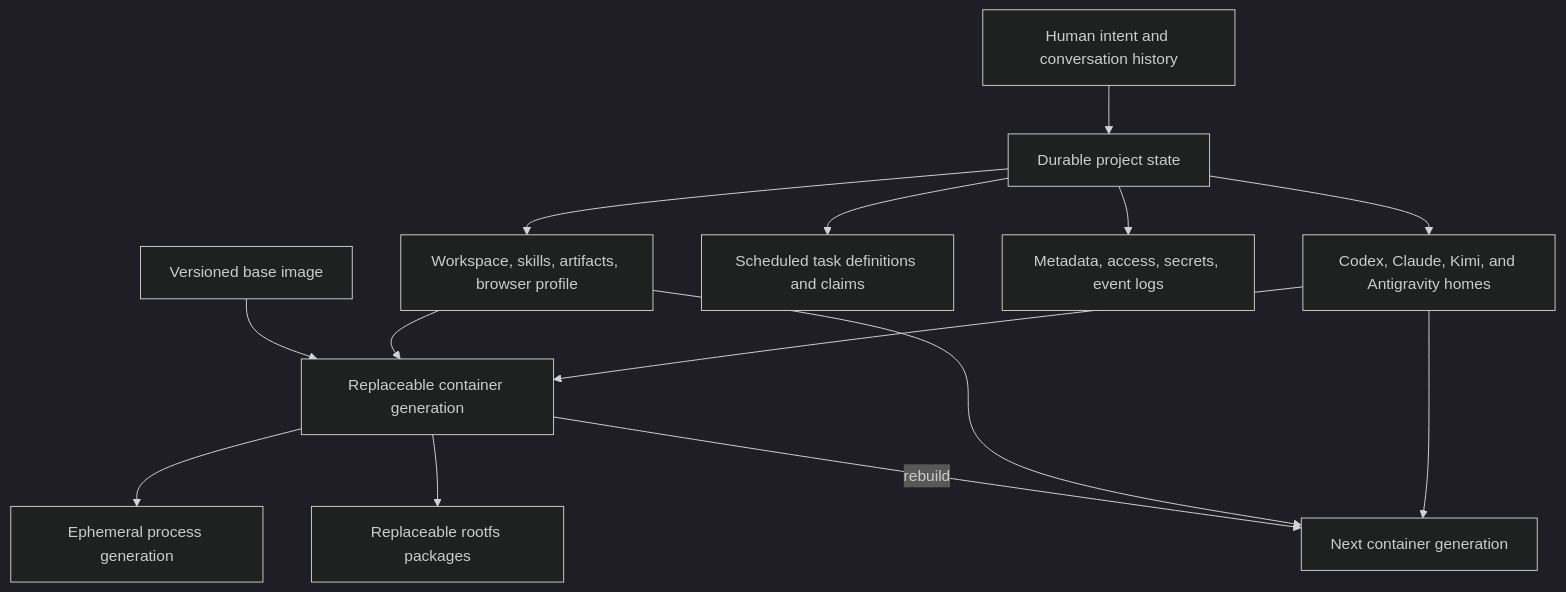
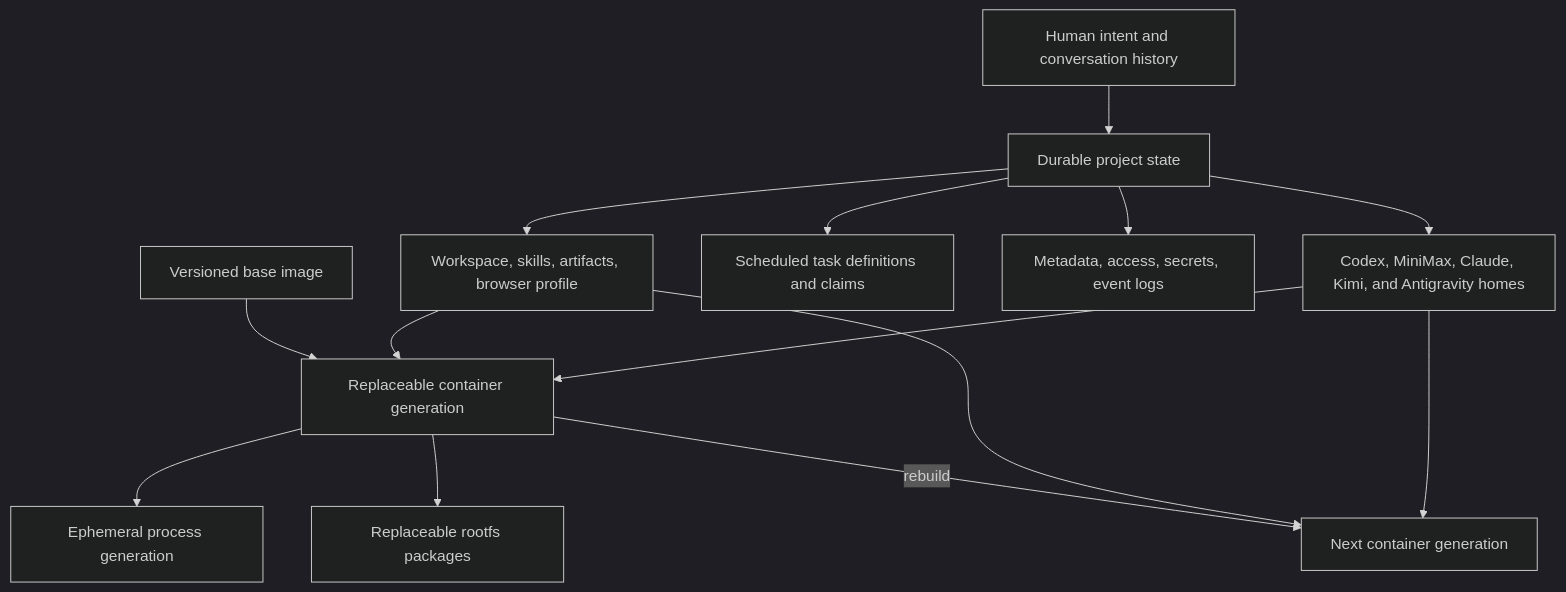
One commit to AbdallahMohamedDotnet/remote.futrx changed the seventh of 8 diagrams in docs/01-overview/00-philosophy.md. Above: the diagram before and after it, drawn with Mermaid (dark theme). The commit also changed other lines of this file and 24 other files, not shown here.

````diff
--- a/docs/01-overview/00-philosophy.md
+++ b/docs/01-overview/00-philosophy.md
@@ -333,18 +333,18 @@
 ```mermaid
 flowchart TB
     Intent["Human intent and conversation history"] --> ProjectState["Durable project state"]
     ProjectState --> Workspace["Workspace, skills, artifacts, browser profile"]
-    ProjectState --> AgentHomes["Codex, Claude, Kimi, and Antigravity homes"]
+    ProjectState --> AgentHomes["Codex, MiniMax, Claude, Kimi, and Antigravity homes"]
     ProjectState --> Scheduled["Scheduled task definitions and claims"]
     ProjectState --> Metadata["Metadata, access, secrets, event logs"]
 
     Base["Versioned base image"] --> Runtime["Replaceable container generation"]
     Workspace --> Runtime
     AgentHomes --> Runtime
     Runtime --> Processes["Ephemeral process generation"]
     Runtime --> Packages["Replaceable rootfs packages"]
 
     Runtime -->|"rebuild"| NextRuntime["Next container generation"]
     Workspace --> NextRuntime
     AgentHomes --> NextRuntime
 ```
````
